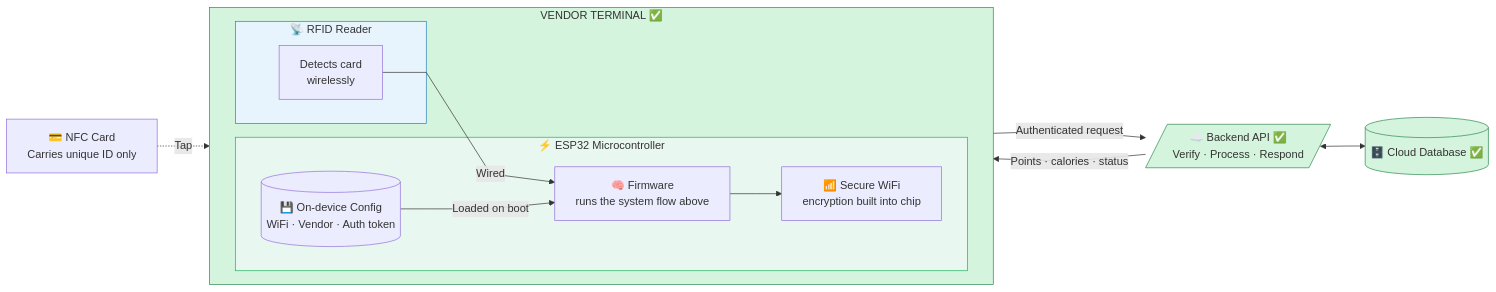
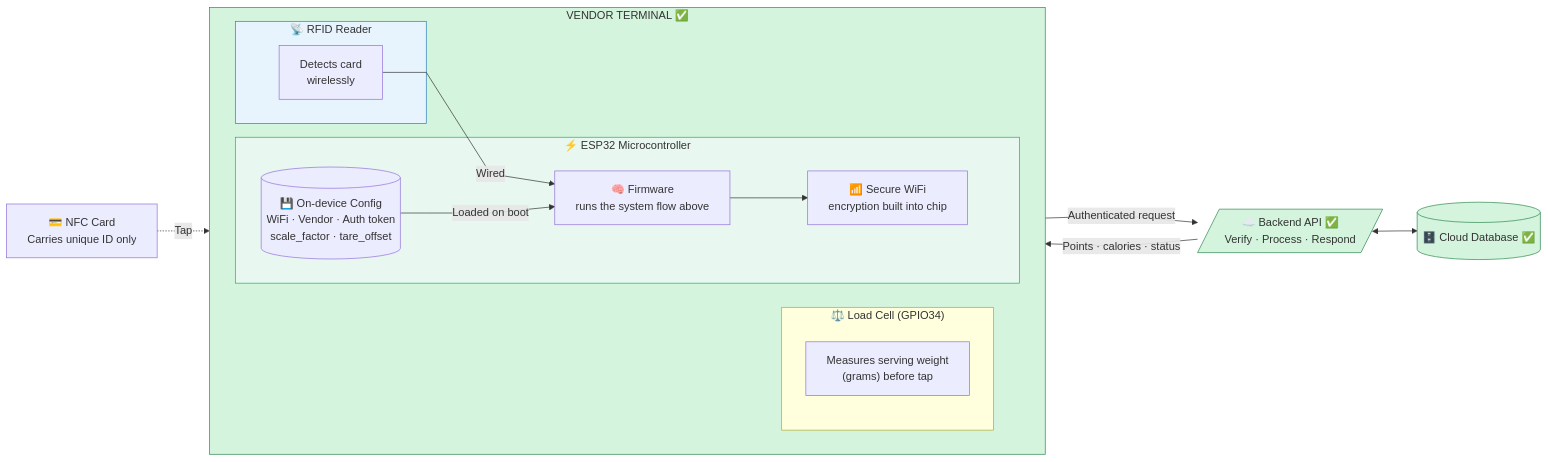
Before and after one commit to GILZ3103/claude_project: the seventh of 12 diagrams in MASTER_v2_refined.md, drawn with Mermaid. The commit also changed other lines of this file and 1 other file, not shown here.

````diff
--- a/MASTER_v2_refined.md
+++ b/MASTER_v2_refined.md
@@ -281,34 +295,37 @@
 ```mermaid
 %%{init: {"flowchart": {"curve": "linear"}} }%%
 flowchart LR
     Card["💳 NFC Card\nCarries unique ID only"]
 
     subgraph Terminal["VENDOR TERMINAL ✅"]
         direction LR
         subgraph Reader["📡 RFID Reader"]
             RC["Detects card\nwirelessly"]
         end
+        subgraph Scale["⚖️ Load Cell (GPIO34)"]
+            LC["Measures serving weight\n(grams) before tap"]
+        end
         subgraph Controller["⚡ ESP32 Microcontroller"]
             FW["🧠 Firmware\nruns the system flow above"]
-            NVS[("💾 On-device Config\nWiFi · Vendor · Auth token")]
+            NVS[("💾 On-device Config\nWiFi · Vendor · Auth token\nscale_factor · tare_offset")]
             WiFi["📶 Secure WiFi\nencryption built into chip"]
         end
     end
 
     Backend[/"☁️ Backend API ✅\nVerify · Process · Respond"/]
     Supabase[("🗄️ Cloud Database ✅")]
 
     Card -.->|"Tap"| RC
     RC -->|"Wired"| FW
     NVS -->|"Loaded on boot"| FW
     FW --> WiFi
     WiFi -->|"Authenticated request"| Backend
     Backend <--> Supabase
     Backend -->|"Points · calories · status"| WiFi
 
     style Terminal fill:#d4f4dd,stroke:#2d8a4f
     style Backend fill:#d4f4dd,stroke:#2d8a4f
     style Supabase fill:#d4f4dd,stroke:#2d8a4f
     style Reader fill:#e8f4fd,stroke:#2980b9
     style Controller fill:#e8f8f0,stroke:#27ae60
 ```
````
